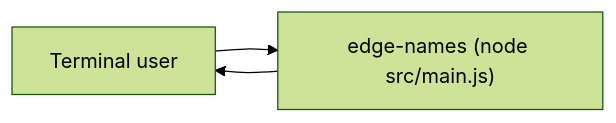
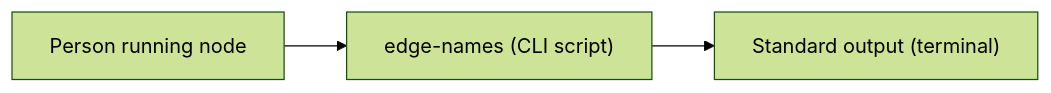
Before and after one commit to hxxnn/codemap: the first of 3 diagrams in examples/edge-names/docs/codemap/architecture.md, drawn with Mermaid (forest theme). The commit also changed other lines of this file and 13 other files, not shown here.

First line of the commit message:
fix: resolve relative import specifiers in checker; refresh edge-names example

````diff
--- a/examples/edge-names/docs/codemap/architecture.md
+++ b/examples/edge-names/docs/codemap/architecture.md
@@ -13,7 +14,8 @@
 ```mermaid
 flowchart LR
-  user["Terminal user"]
-  app["edge-names (node src/main.js)"]
+  user["Person running node"]
+  app["edge-names (CLI script)"]
+  out["Standard output (terminal)"]
   user --> app
-  app --> user
+  app --> out
 ```
````
